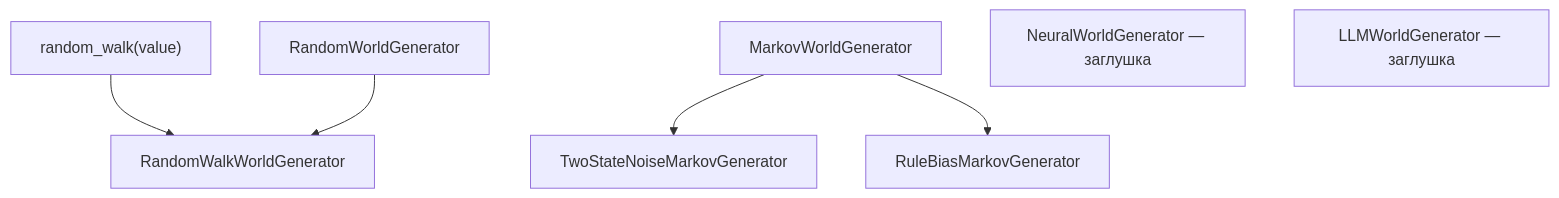
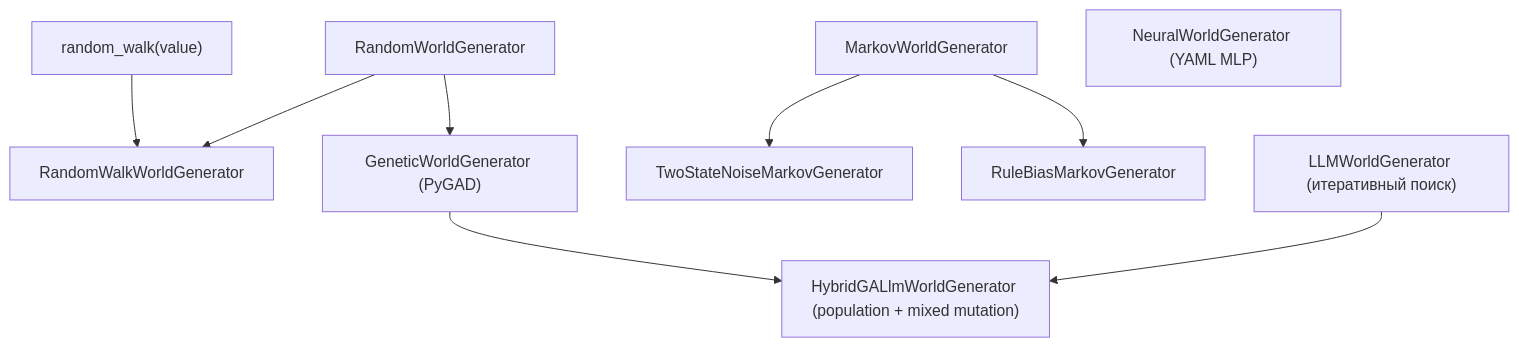
The eighth of 8 diagrams in docs/WORLDSPACE.md (Starovoitov/LifeManifold), drawn with Mermaid before and after one commit. The commit also changed other lines of this file and 5 other files, not shown here.

First line of the commit message:
Add HybridGALlmWorldGenerator and YAML configuration support

````diff
--- a/docs/WORLDSPACE.md
+++ b/docs/WORLDSPACE.md
@@ -323,15 +324,20 @@
 ```mermaid
 flowchart TB
   RW["random_walk(value)"]
   RWG["RandomWorldGenerator"]
   RWW["RandomWalkWorldGenerator"]
   MW["MarkovWorldGenerator"]
   TS["TwoStateNoiseMarkovGenerator"]
   RB["RuleBiasMarkovGenerator"]
-  NN["NeuralWorldGenerator — заглушка"]
-  LLM["LLMWorldGenerator — заглушка"]
+  GA["GeneticWorldGenerator (PyGAD)"]
+  LLM["LLMWorldGenerator (итеративный поиск)"]
+  HBR["HybridGALlmWorldGenerator (population + mixed mutation)"]
+  NN["NeuralWorldGenerator (YAML MLP)"]
   RW --> RWW
   RWG --> RWW
   MW --> TS
   MW --> RB
+  RWG --> GA
+  GA --> HBR
+  LLM --> HBR
 ```
````
